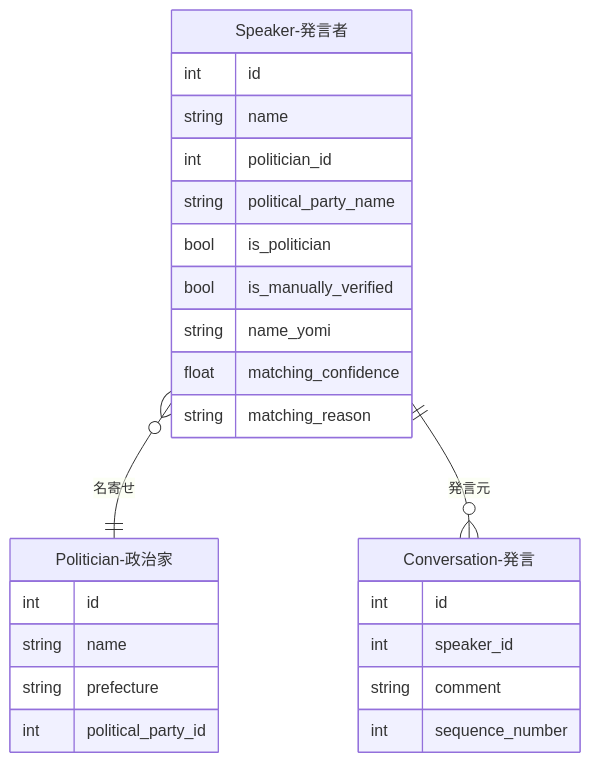
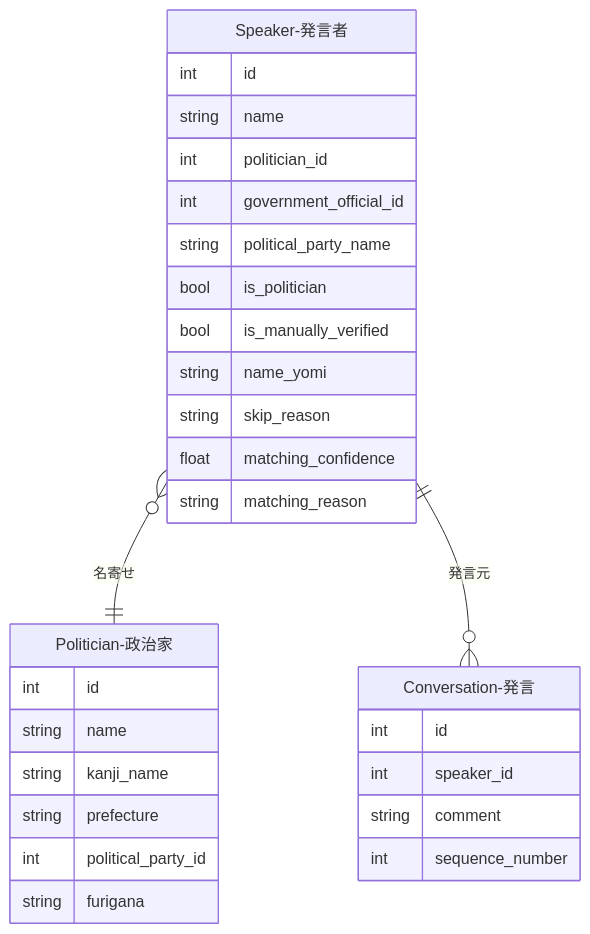
One commit to sage-base/corporation-docs changed the first of 3 diagrams in docs/development/data-creation/relations/speaker-politician.md. Above: the diagram before and after it, drawn with Mermaid. The commit also changed other lines of this file and 4 other files, not shown here.

First line of the commit message:
PR #1302,#1311,#1312 反映: マッチング3段階化・kanji_name・GovernmentOfficial新設

````diff
--- a/docs/development/data-creation/relations/speaker-politician.md
+++ b/docs/development/data-creation/relations/speaker-politician.md
@@ -7,31 +7,35 @@
 ```mermaid
 erDiagram
     Speaker-発言者 }o--|| Politician-政治家 : "名寄せ"
     Speaker-発言者 ||--o{ Conversation-発言 : "発言元"
 
     Speaker-発言者 {
         int id
         string name
         int politician_id
+        int government_official_id
         string political_party_name
         bool is_politician
         bool is_manually_verified
         string name_yomi
+        string skip_reason
         float matching_confidence
         string matching_reason
     }
 
     Politician-政治家 {
         int id
         string name
+        string kanji_name
         string prefecture
         int political_party_id
+        string furigana
     }
 
     Conversation-発言 {
         int id
         int speaker_id
         string comment
         int sequence_number
     }
 ```
````
